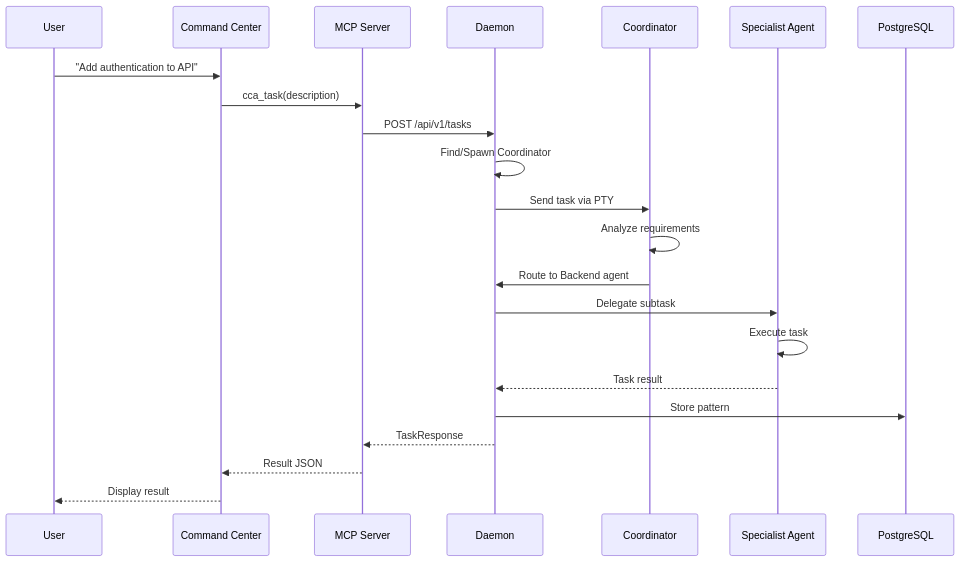
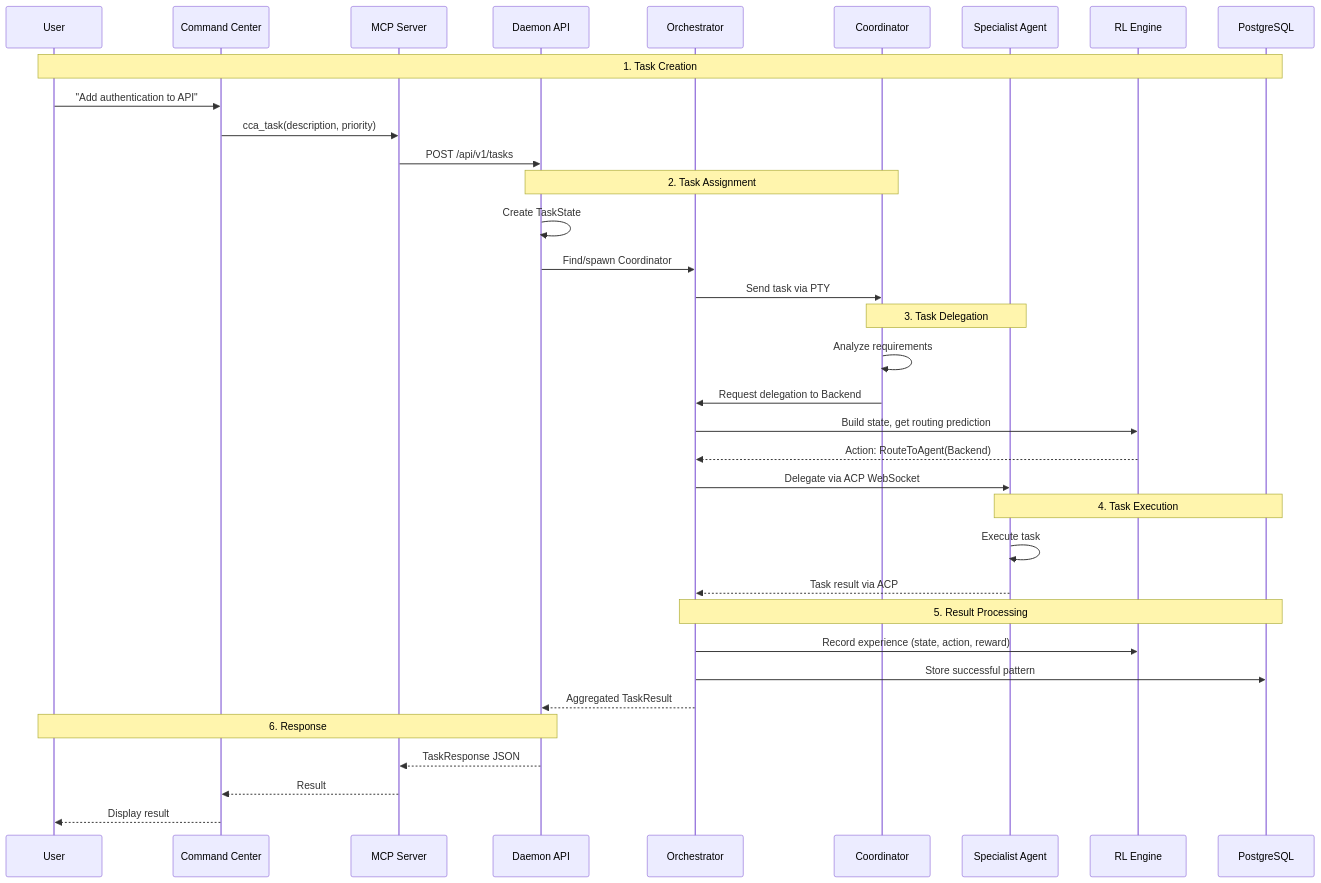
Before and after one commit to mjhcompany/cca: the sixth of 19 diagrams in docs/architecture.md, drawn with Mermaid. The commit also changed other lines of this file and 43 other files, not shown here.

````diff
--- a/docs/architecture.md
+++ b/docs/architecture.md
@@ -165,25 +262,43 @@
 ```mermaid
 sequenceDiagram
     participant User
     participant CC as Command Center
     participant MCP as MCP Server
-    participant D as Daemon
+    participant D as Daemon API
+    participant O as Orchestrator
     participant C as Coordinator
     participant A as Specialist Agent
-    participant DB as PostgreSQL
+    participant RL as RL Engine
+    participant PG as PostgreSQL
 
+    Note over User,PG: 1. Task Creation
     User->>CC: "Add authentication to API"
-    CC->>MCP: cca_task(description)
+    CC->>MCP: cca_task(description, priority)
     MCP->>D: POST /api/v1/tasks
-    D->>D: Find/Spawn Coordinator
-    D->>C: Send task via PTY
+
+    Note over D,C: 2. Task Assignment
+    D->>D: Create TaskState
+    D->>O: Find/spawn Coordinator
+    O->>C: Send task via PTY
+
+    Note over C,A: 3. Task Delegation
     C->>C: Analyze requirements
-    C->>D: Route to Backend agent
-    D->>A: Delegate subtask
+    C->>O: Request delegation to Backend
+    O->>RL: Build state, get routing prediction
+    RL-->>O: Action: RouteToAgent(Backend)
+    O->>A: Delegate via ACP WebSocket
+
+    Note over A,PG: 4. Task Execution
     A->>A: Execute task
-    A-->>D: Task result
-    D->>DB: Store pattern
-    D-->>MCP: TaskResponse
-    MCP-->>CC: Result JSON
+    A-->>O: Task result via ACP
+
+    Note over O,PG: 5. Result Processing
+    O->>RL: Record experience (state, action, reward)
+    O->>PG: Store successful pattern
+    O-->>D: Aggregated TaskResult
+
+    Note over D,User: 6. Response
+    D-->>MCP: TaskResponse JSON
+    MCP-->>CC: Result
     CC-->>User: Display result
 ```
````
